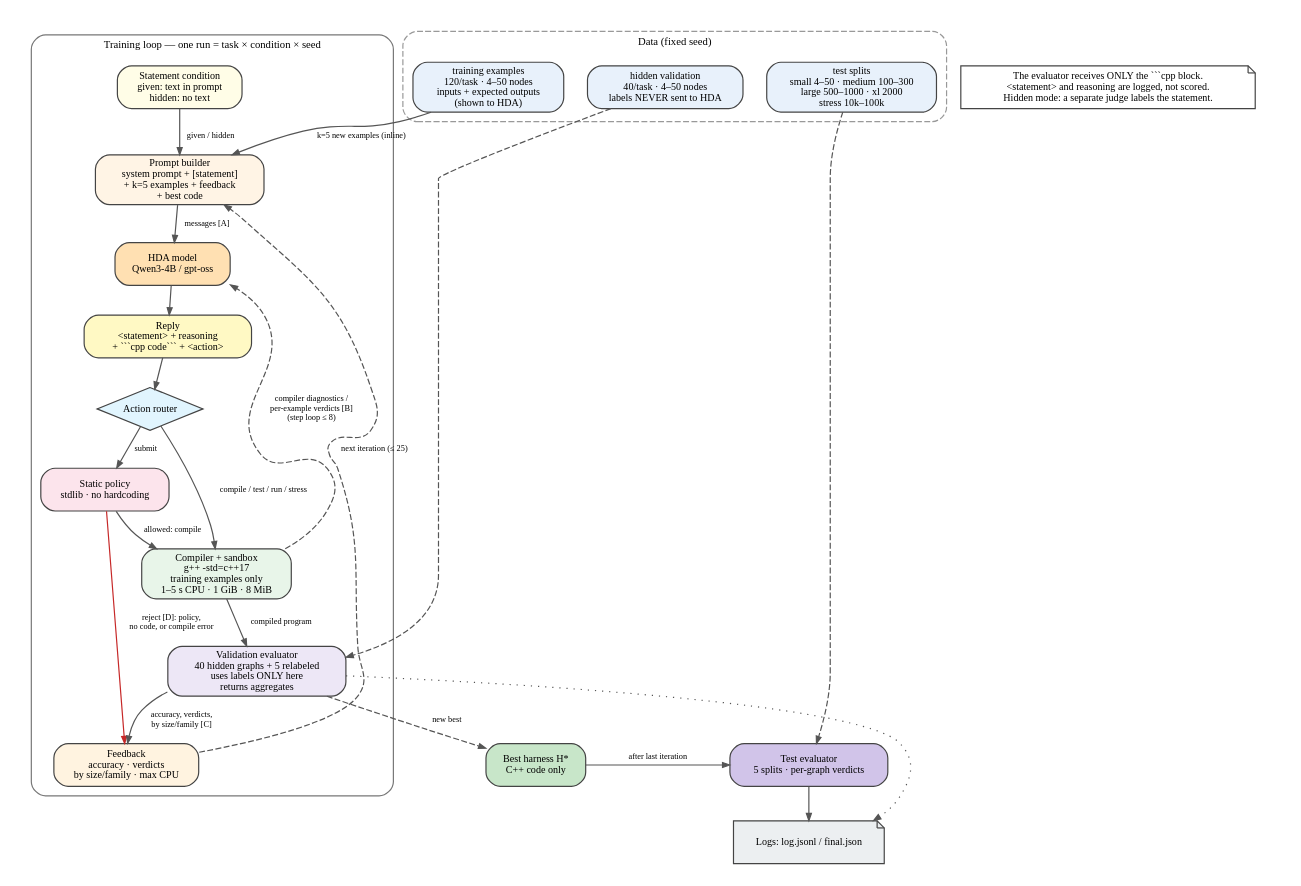
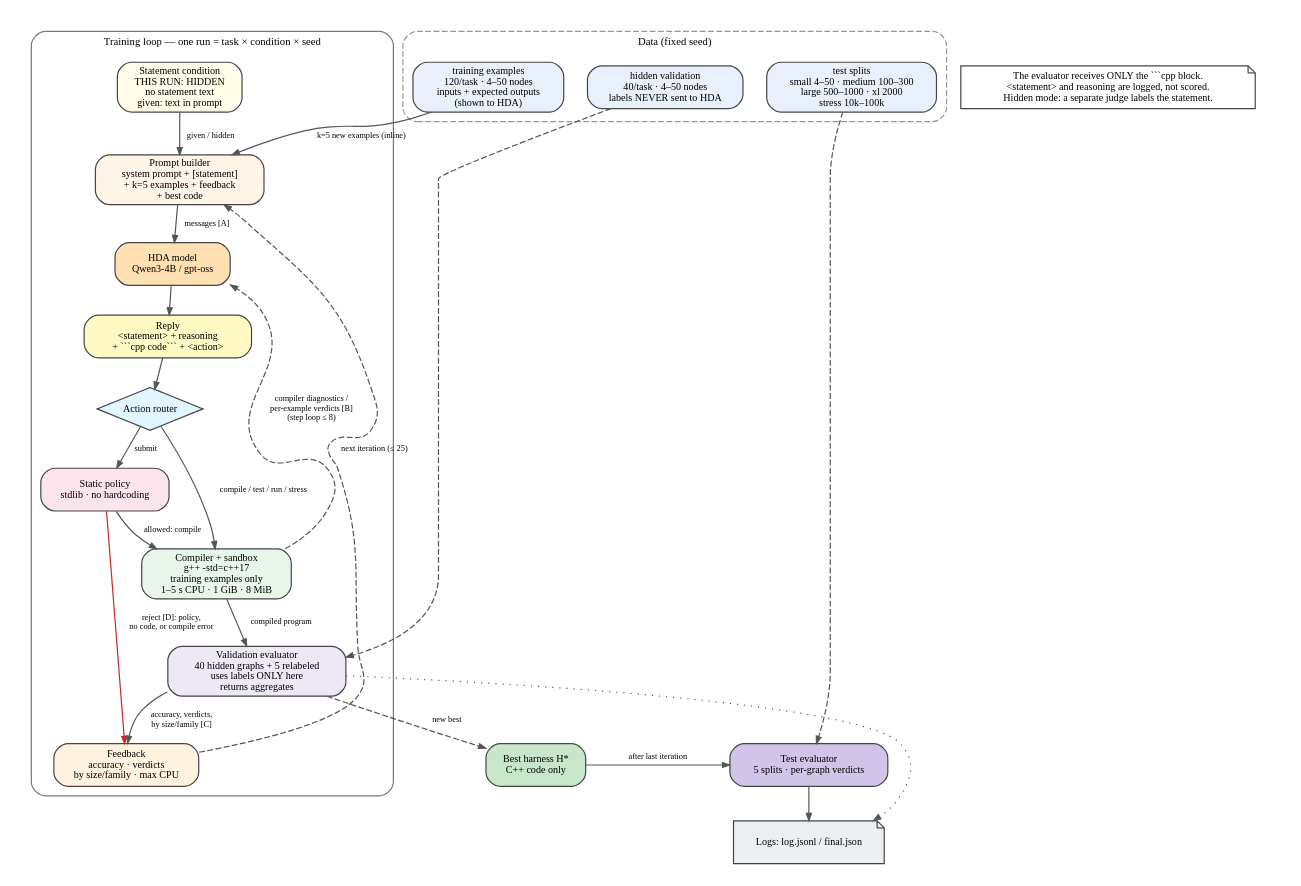
The diagram in report/figures/hda/hda_loop.dot (PrinceZarzees/cs5624-project), drawn with Graphviz before and after one commit. The commit also changed 6 other files, not shown here.

First line of the commit message:
report: switch shortest-path run to hidden statement condition

````diff
--- a/report/figures/hda/hda_loop.dot
+++ b/report/figures/hda/hda_loop.dot
@@ -1,54 +1,54 @@
 digraph HDA {
   graph [rankdir=TB, splines=true, nodesep=0.28, ranksep=0.34, fontsize=10, pad=0.15];
   node  [shape=box, style="rounded,filled", fillcolor="#F7F7F7", color="#444444", fontsize=8.5, margin="0.08,0.04"];
   edge  [fontsize=7, color="#555555", arrowsize=0.6];
 
   subgraph cluster_data {
     label="Data (fixed seed)"; style="rounded,dashed"; color="#999999"; fontsize=9;
     ex   [label="training examples\n120/task · 4–50 nodes\ninputs + expected outputs\n(shown to HDA)", fillcolor="#E8F1FB"];
     val  [label="hidden validation\n40/task · 4–50 nodes\nlabels NEVER sent to HDA", fillcolor="#E8F1FB"];
     test [label="test splits\nsmall 4–50 · medium 100–300\nlarge 500–1000 · xl 2000\nstress 10k–100k", fillcolor="#E8F1FB"];
     {rank=same; ex; val; test;}
   }
 
   subgraph cluster_loop {
     label="Training loop — one run = task × condition × seed"; style="rounded"; color="#777777"; fontsize=9;
-    stmt   [label="Statement condition\ngiven: text in prompt\nhidden: no text", fillcolor="#FFFDE7"];
+    stmt   [label="Statement condition\nTHIS RUN: HIDDEN\nno statement text\ngiven: text in prompt", fillcolor="#FFFDE7"];
     prompt [label="Prompt builder\nsystem prompt + [statement]\n+ k=5 examples + feedback\n+ best code", fillcolor="#FFF4E5"];
     hda    [label="HDA model\nQwen3-4B / gpt-oss", fillcolor="#FFE0B2"];
     reply  [label="Reply\n<statement> + reasoning\n+ ```cpp code``` + <action>", fillcolor="#FFF9C4"];
     router [label="Action router", shape=diamond, style="filled", fillcolor="#E1F5FE", margin="0.01,0.01"];
     tool   [label="Compiler + sandbox\ng++ -std=c++17\ntraining examples only\n1–5 s CPU · 1 GiB · 8 MiB", fillcolor="#E8F5E9"];
     policy [label="Static policy\nstdlib · no hardcoding", fillcolor="#FCE4EC"];
     eval   [label="Validation evaluator\n40 hidden graphs + 5 relabeled\nuses labels ONLY here\nreturns aggregates", fillcolor="#EDE7F6"];
     fb     [label="Feedback\naccuracy · verdicts\nby size/family · max CPU", fillcolor="#FFF3E0"];
   }
 
   hstar [label="Best harness H*\nC++ code only", fillcolor="#C8E6C9"];
   tests [label="Test evaluator\n5 splits · per-graph verdicts", fillcolor="#D1C4E9"];
   logs  [label="Logs: log.jsonl / final.json", shape=note, fillcolor="#ECEFF1"];
   note  [shape=note, fillcolor="#FFFFFF", label="The evaluator receives ONLY the ```cpp block.\n<statement> and reasoning are logged, not scored.\nHidden mode: a separate judge labels the statement."];
 
   ex -> prompt [label="k=5 new examples (inline)"];
   stmt -> prompt [label="given / hidden"];
   prompt -> hda [label="messages [A]"];
   hda -> reply;
   reply -> router;
   router -> tool [label="compile / test / run / stress"];
   tool -> hda [label="compiler diagnostics /\nper-example verdicts [B]\n(step loop ≤ 8)", style=dashed, constraint=false];
   router -> policy [label="submit"];
   policy -> fb [label="reject [D]: policy,\nno code, or compile error", color="#C62828"];
   policy -> tool [label="allowed: compile"];
   tool -> eval [label="compiled program"];
   val -> eval [style=dashed];
   eval -> fb [label="accuracy, verdicts,\nby size/family [C]"];
   eval -> hstar [label="new best", style=dashed];
   fb -> prompt [label="next iteration (≤ 25)", style=dashed, constraint=false];
   hstar -> tests [label="after last iteration"];
   test -> tests [style=dashed];
   tests -> logs;
   eval -> logs [style=dotted, constraint=false];
   note -> note [style=invis];
 
   {rank=same; hstar; tests;}
 }
````
